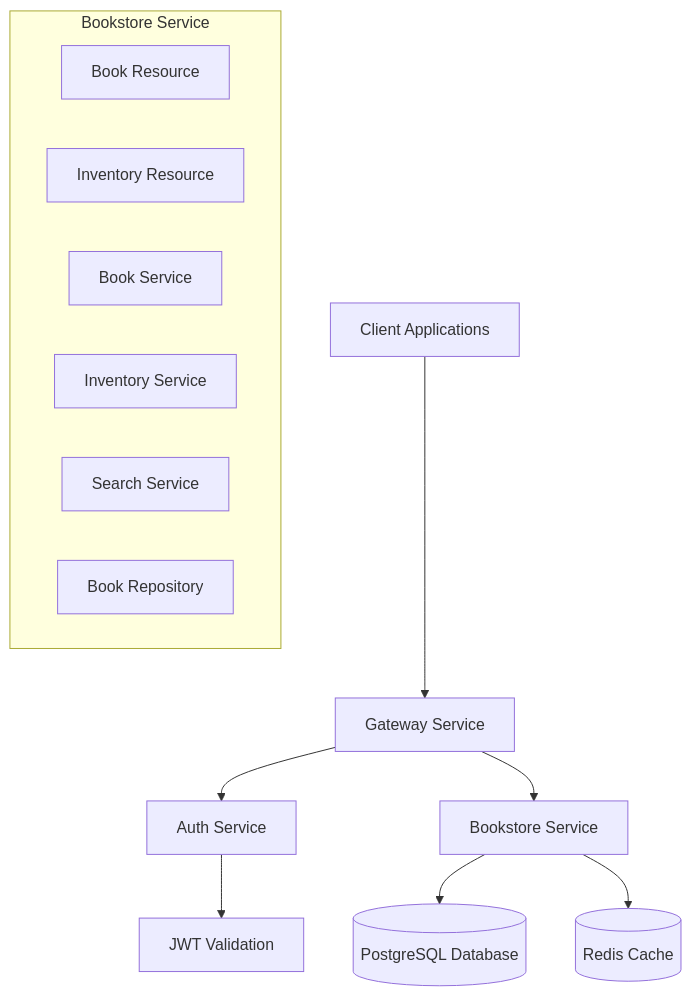
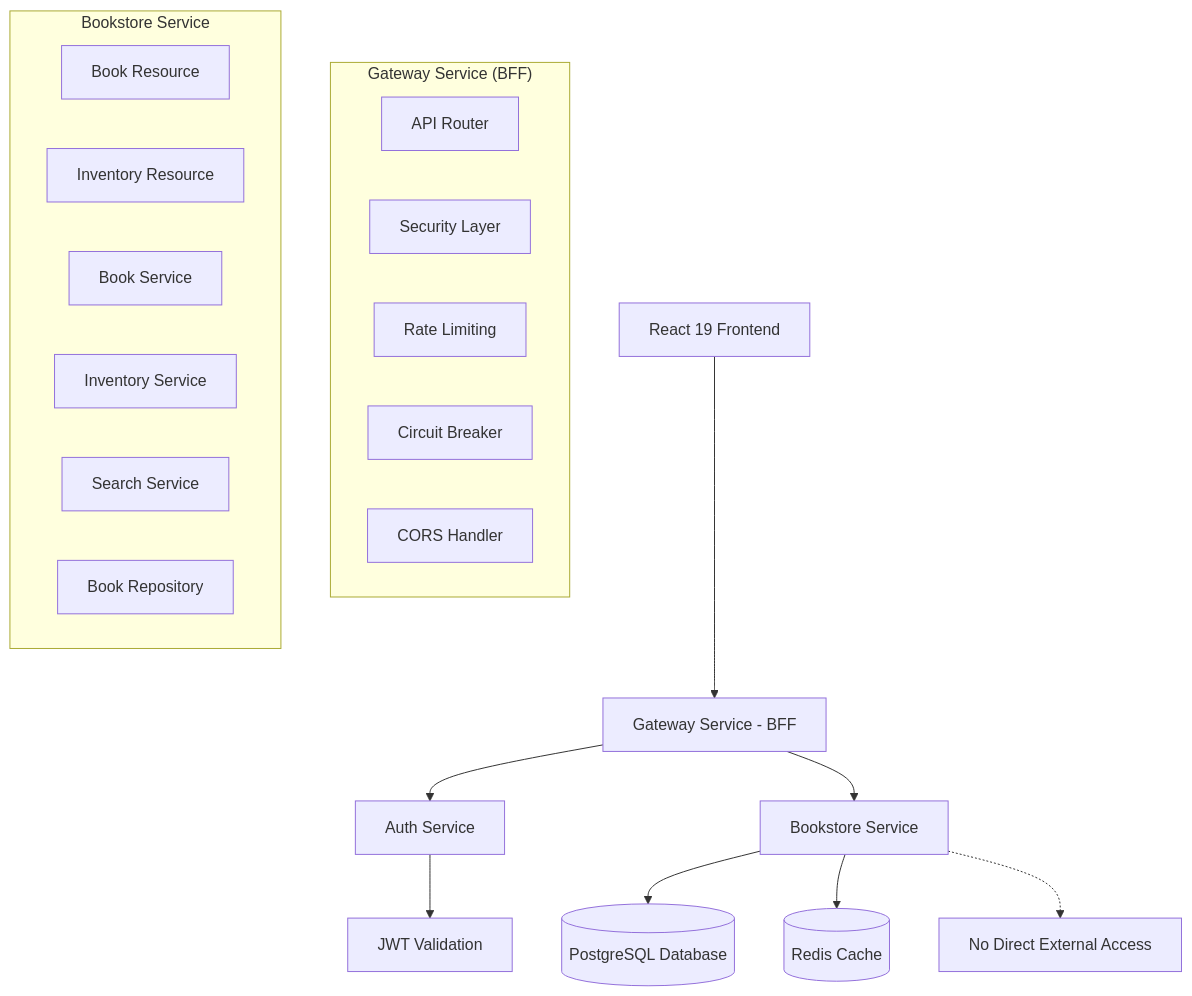
Before and after one commit to IQKV/microservices-platform: the diagram in .kiro/specs/bookstore-service/design.md, drawn with Mermaid. The commit also changed other lines of this file and 1 other file, not shown here.

First line of the commit message:
feat: enhance bookstore-service spec with granular RBAC and BFF integration

````diff
--- a/.kiro/specs/bookstore-service/design.md
+++ b/.kiro/specs/bookstore-service/design.md
@@ -21,18 +21,29 @@
 ```mermaid
 graph TB
-    Client[Client Applications] --> Gateway[Gateway Service]
+    React[React 19 Frontend] --> Gateway[Gateway Service - BFF]
     Gateway --> Auth[Auth Service]
     Gateway --> Bookstore[Bookstore Service]
     Auth --> JWT[JWT Validation]
     Bookstore --> DB[(PostgreSQL Database)]
     Bookstore --> Redis[(Redis Cache)]
+    
+    subgraph "Gateway Service (BFF)"
+        Router[API Router]
+        Security[Security Layer]
+        RateLimit[Rate Limiting]
+        CircuitBreaker[Circuit Breaker]
+        CORS[CORS Handler]
+    end
     
     subgraph "Bookstore Service"
         BookResource[Book Resource]
         InventoryResource[Inventory Resource]
         BookService[Book Service]
         InventoryService[Inventory Service]
         SearchService[Search Service]
         BookRepository[Book Repository]
     end
+    
+    Note1[No Direct External Access]
+    Bookstore -.-> Note1
 ```
````
